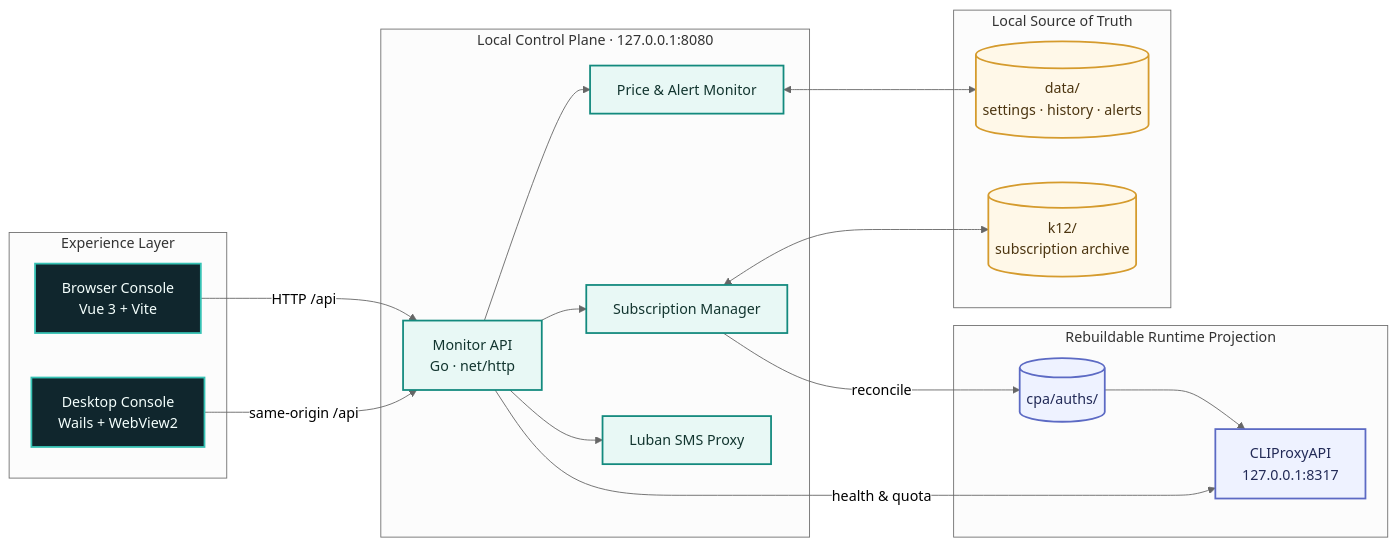
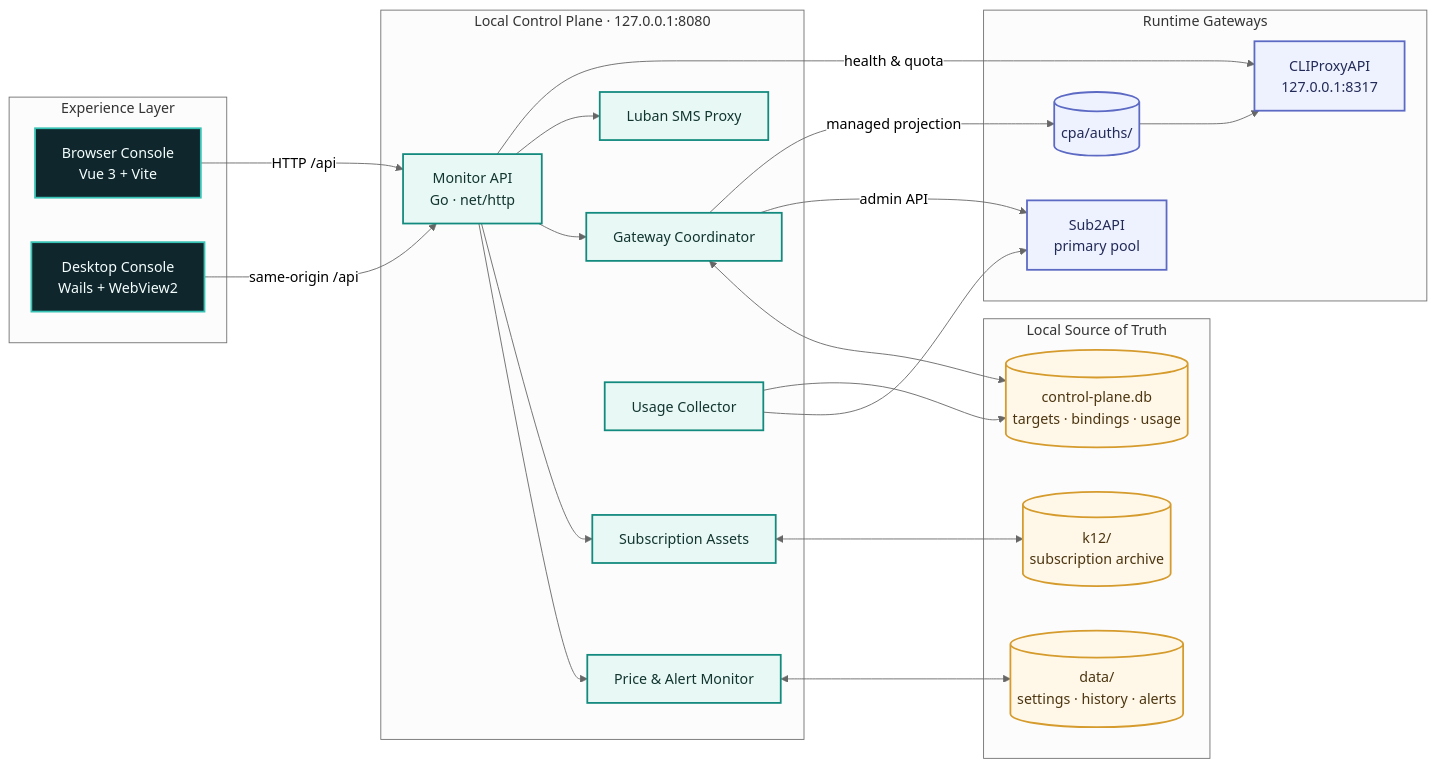
Before and after one commit to 2921323707/CPA_Orbit: the diagram in README.md, drawn with Mermaid (neutral theme). The commit also changed other lines of this file and 33 other files, not shown here.

Commit message:
docs: define Sub2API primary and CPA fallback operations

````diff
--- a/README.md
+++ b/README.md
@@ -57,42 +59,49 @@
 ```mermaid
 flowchart LR
   subgraph UX["Experience Layer"]
     WEB["Browser Console<br/>Vue 3 + Vite"]
     APP["Desktop Console<br/>Wails + WebView2"]
   end
 
   subgraph CORE["Local Control Plane · 127.0.0.1:8080"]
     API["Monitor API<br/>Go · net/http"]
     MON["Price & Alert Monitor"]
-    SUB["Subscription Manager"]
+		SUB["Subscription Assets"]
+		ROUTE["Gateway Coordinator"]
+		OBS["Usage Collector"]
     SMS["Luban SMS Proxy"]
   end
 
   subgraph STATE["Local Source of Truth"]
     DATA[("data/<br/>settings · history · alerts")]
-    ARCH[("k12/<br/>subscription archive")]
+		ARCH[("k12/<br/>subscription archive")]
+		DB[("control-plane.db<br/>targets · bindings · usage")]
   end
 
-  subgraph RUNTIME["Rebuildable Runtime Projection"]
+	 subgraph RUNTIME["Runtime Gateways"]
+    SUB2["Sub2API<br/>primary pool"]
     CPA["CLIProxyAPI<br/>127.0.0.1:8317"]
     AUTH[("cpa/auths/")]
   end
 
   WEB -->|"HTTP /api"| API
   APP -->|"same-origin /api"| API
-  API --> MON & SUB & SMS
+	API --> MON & SUB & ROUTE & SMS
   MON <--> DATA
   SUB <--> ARCH
-  SUB -->|"reconcile"| AUTH
+	ROUTE <--> DB
+	ROUTE -->|"admin API"| SUB2
+	ROUTE -->|"managed projection"| AUTH
+	OBS --> SUB2 & DB
   AUTH --> CPA
   API -->|"health & quota"| CPA
 
   classDef client fill:#10262d,stroke:#36c2b4,color:#f4fffd,stroke-width:2px;
   classDef service fill:#e8f8f5,stroke:#138a7e,color:#12352f,stroke-width:2px;
   classDef store fill:#fff8e8,stroke:#d59b2d,color:#4c3510,stroke-width:2px;
   classDef runtime fill:#eef2ff,stroke:#5c6ac4,color:#222a57,stroke-width:2px;
   class WEB,APP client;
-  class API,MON,SUB,SMS service;
-  class DATA,ARCH store;
-  class CPA,AUTH runtime;
+	class API,MON,SUB,ROUTE,OBS,SMS service;
+	class DATA,ARCH,DB store;
+	class SUB2,CPA,AUTH runtime;
 ```
````
